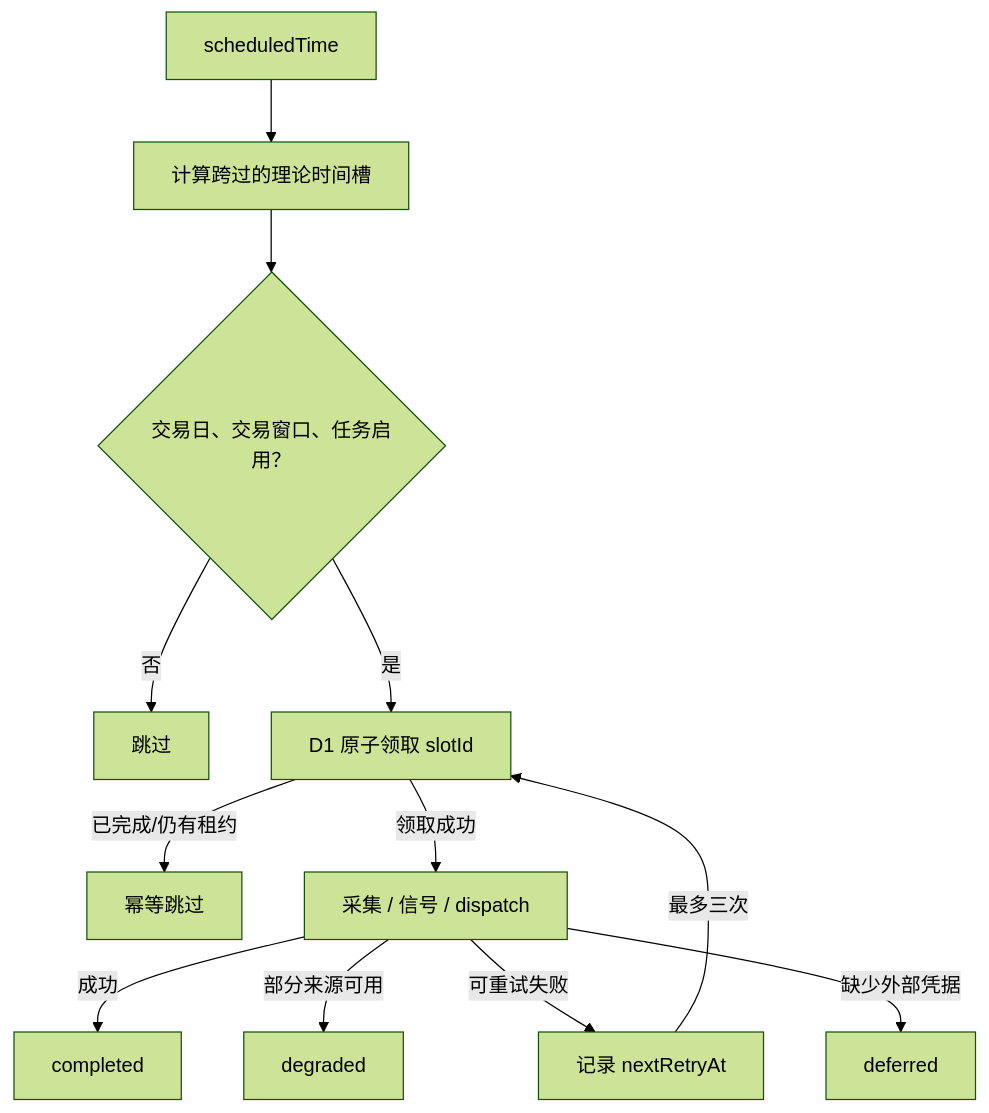
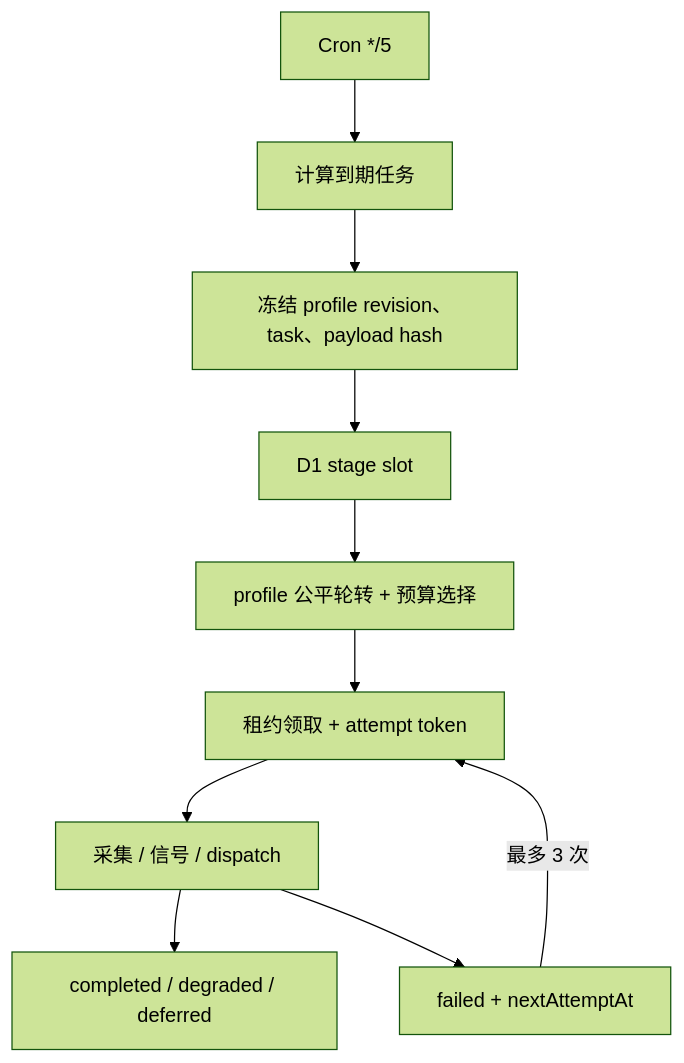
Before and after one commit to gaaiyun/TradingWorkbench: the fourth of 8 diagrams in docs/architecture-and-data-flows.md, drawn with Mermaid (forest theme). The commit also changed other lines of this file and 4 other files, not shown here.

````diff
--- a/docs/architecture-and-data-flows.md
+++ b/docs/architecture-and-data-flows.md
@@ -106,14 +127,12 @@
 ```mermaid
 flowchart TD
-    T["scheduledTime"] --> S["计算跨过的理论时间槽"]
-    S --> H{"交易日、交易窗口、任务启用？"}
-    H -->|否| SKIP["跳过"]
-    H -->|是| CLAIM["D1 原子领取 slotId"]
-    CLAIM -->|已完成/仍有租约| DUP["幂等跳过"]
-    CLAIM -->|领取成功| RUN["采集 / 信号 / dispatch"]
-    RUN -->|成功| DONE["completed"]
-    RUN -->|部分来源可用| DEG["degraded"]
-    RUN -->|可重试失败| RETRY["记录 nextRetryAt"]
-    RETRY -->|最多三次| CLAIM
-    RUN -->|缺少外部凭据| DEF["deferred"]
+    C["Cron */5"] --> DUE["计算到期任务"]
+    DUE --> SNAP["冻结 profile revision、task、payload hash"]
+    SNAP --> STAGE["D1 stage slot"]
+    STAGE --> FAIR["profile 公平轮转 + 预算选择"]
+    FAIR --> CLAIM["租约领取 + attempt token"]
+    CLAIM --> EXEC["采集 / 信号 / dispatch"]
+    EXEC --> DONE["completed / degraded / deferred"]
+    EXEC --> RETRY["failed + nextAttemptAt"]
+    RETRY -->|"最多 3 次"| CLAIM
 ```
````
